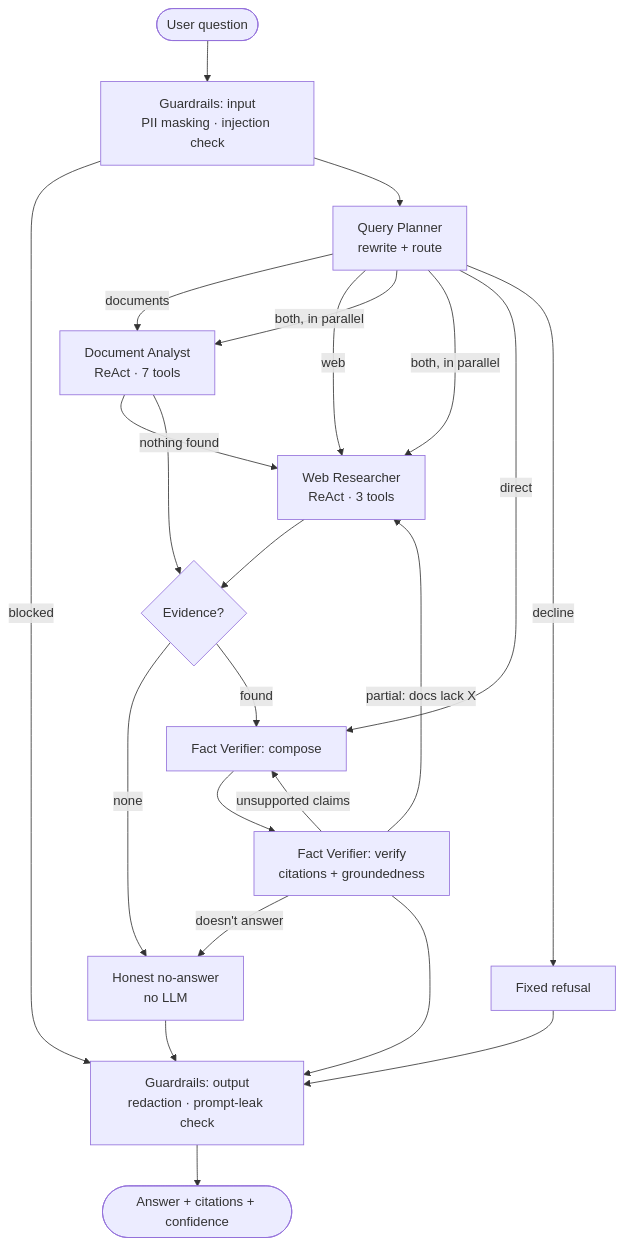
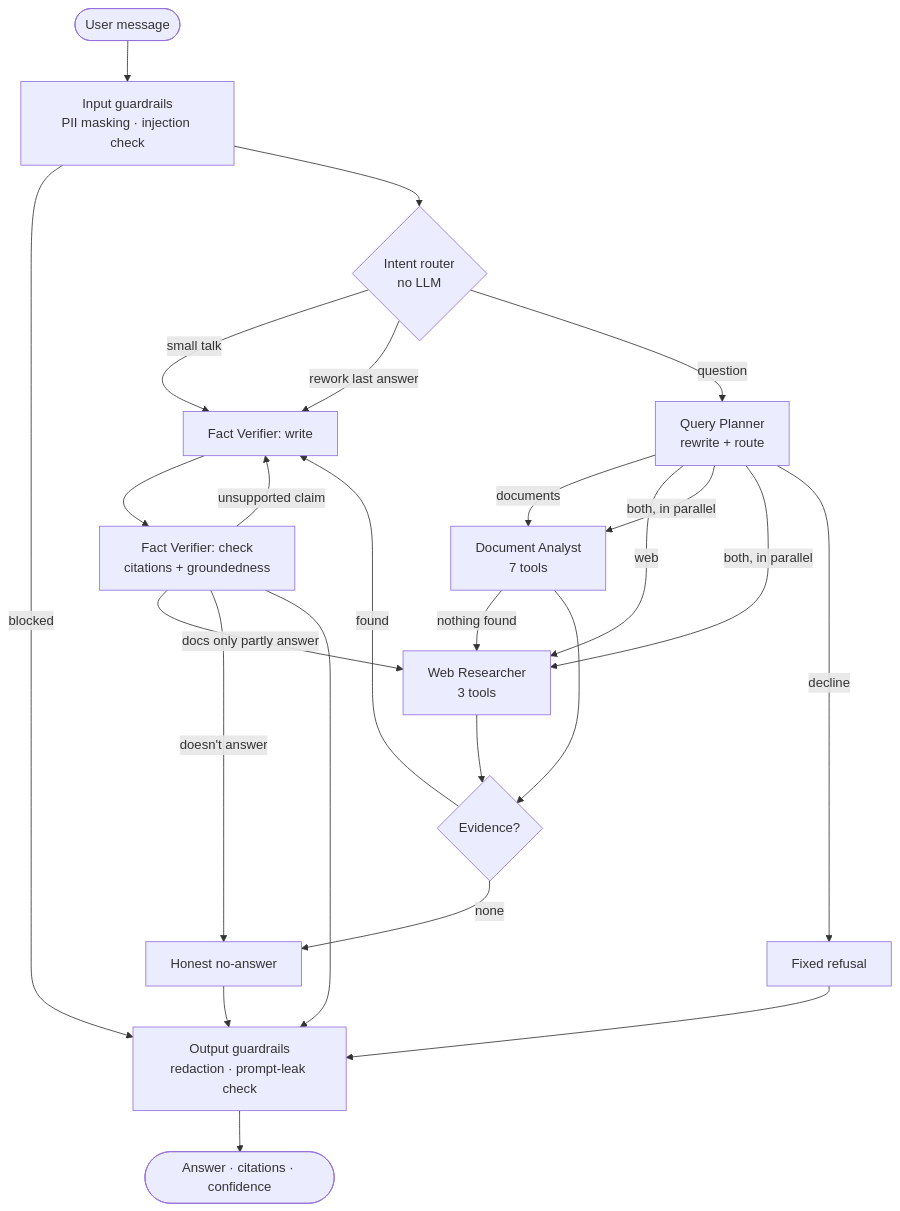
Before and after one commit to Akashh-17/Document-Intelligent-Platform: the diagram in README.md, drawn with Mermaid. The commit also changed other lines of this file and 56 other files, not shown here.

First line of the commit message:
Chat-like routing, robust web search, document viewer and dark UI

````diff
--- a/README.md
+++ b/README.md
@@ -35,24 +42,26 @@
 ```mermaid
 flowchart TD
-    U([User question]) --> GI[Guardrails: input<br/>PII masking · injection check]
+    U([User message]) --> GI[Input guardrails<br/>PII masking · injection check]
     GI -->|blocked| GO
-    GI --> P[Query Planner<br/>rewrite + route]
-    P -->|documents| DA[Document Analyst<br/>ReAct · 7 tools]
-    P -->|web| WR[Web Researcher<br/>ReAct · 3 tools]
+    GI --> IR{Intent router<br/>no LLM}
+    IR -->|small talk| C
+    IR -->|rework last answer| C
+    IR -->|question| P[Query Planner<br/>rewrite + route]
+    P -->|documents| DA[Document Analyst<br/>7 tools]
+    P -->|web| WR[Web Researcher<br/>3 tools]
     P -->|both, in parallel| DA & WR
-    P -->|direct| C
     P -->|decline| D[Fixed refusal]
     DA -->|nothing found| WR
     DA --> A{Evidence?}
     WR --> A
-    A -->|none| NA[Honest no-answer<br/>no LLM]
-    A -->|found| C[Fact Verifier: compose]
-    C --> V[Fact Verifier: verify<br/>citations + groundedness]
-    V -->|unsupported claims| C
-    V -->|partial: docs lack X| WR
+    A -->|none| NA[Honest no-answer]
+    A -->|found| C[Fact Verifier: write]
+    C --> V[Fact Verifier: check<br/>citations + groundedness]
+    V -->|unsupported claim| C
+    V -->|docs only partly answer| WR
     V -->|doesn't answer| NA
-    V --> GO[Guardrails: output<br/>redaction · prompt-leak check]
+    V --> GO[Output guardrails<br/>redaction · prompt-leak check]
     NA --> GO
     D --> GO
-    GO --> R([Answer + citations + confidence])
+    GO --> R([Answer · citations · confidence])
 ```
````
